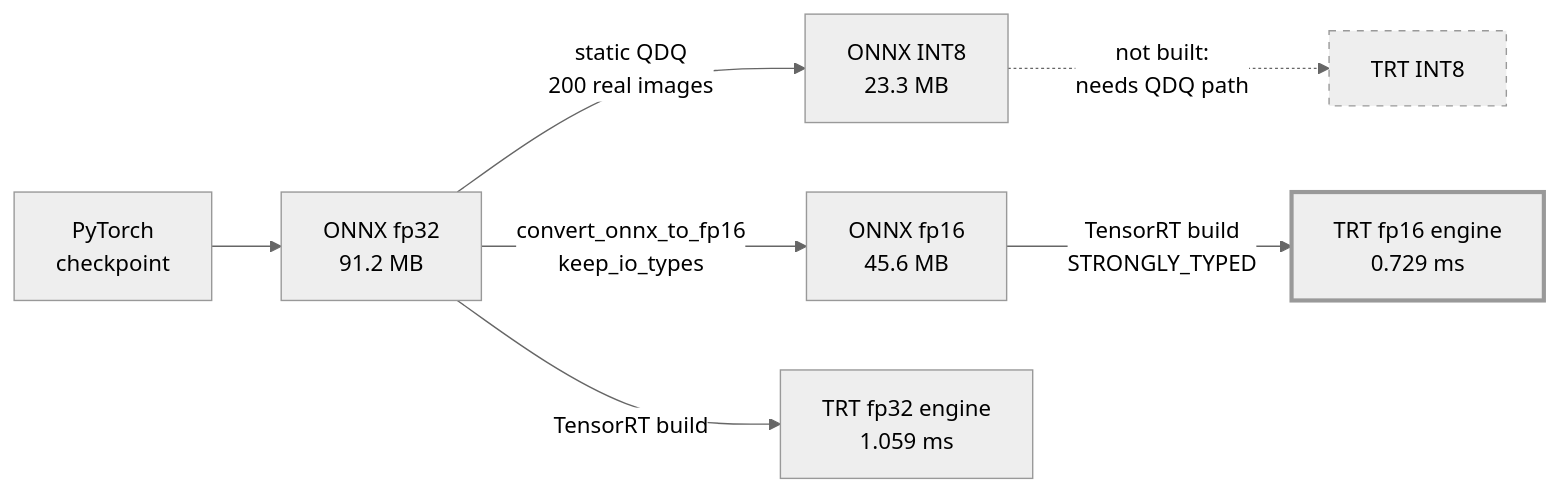
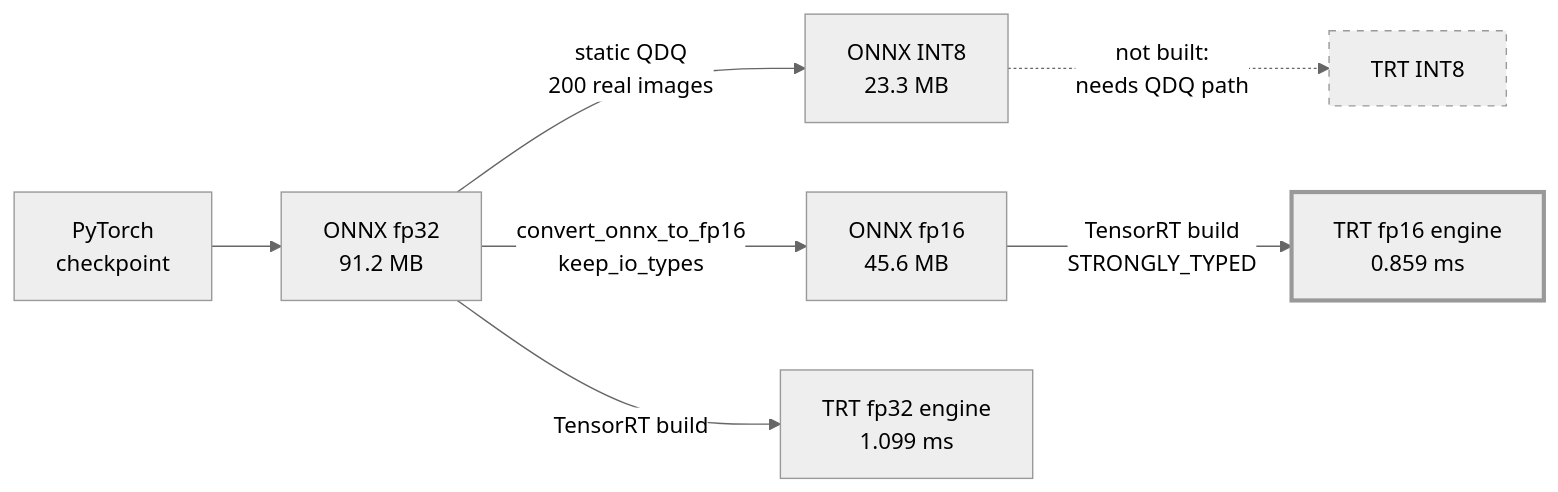
Before and after one commit to pankaj29/ML-Engineer-Challenge: the first of 3 diagrams in docs/TECHNICAL.md, drawn with Mermaid (neutral theme). The commit also changed other lines of this file and 6 other files, not shown here.

````diff
--- a/docs/TECHNICAL.md
+++ b/docs/TECHNICAL.md
@@ -89,12 +89,12 @@
 ```mermaid
 flowchart LR
     T["PyTorch<br/>checkpoint"] --> O["ONNX fp32<br/>91.2 MB"]
     O -->|"static QDQ<br/>200 real images"| Q["ONNX INT8<br/>23.3 MB"]
     O -->|"convert_onnx_to_fp16<br/>keep_io_types"| H["ONNX fp16<br/>45.6 MB"]
-    O -->|"TensorRT build"| E32["TRT fp32 engine<br/>1.059 ms"]
-    H -->|"TensorRT build<br/>STRONGLY_TYPED"| E16["TRT fp16 engine<br/>0.729 ms"]
+    O -->|"TensorRT build"| E32["TRT fp32 engine<br/>1.099 ms"]
+    H -->|"TensorRT build<br/>STRONGLY_TYPED"| E16["TRT fp16 engine<br/>0.859 ms"]
     Q -.->|"not built:<br/>needs QDQ path"| EI["TRT INT8"]
 
     style E16 stroke-width:3px
     style EI stroke-dasharray: 5 5
 ```
````
